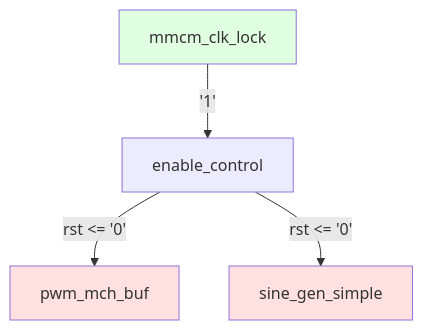
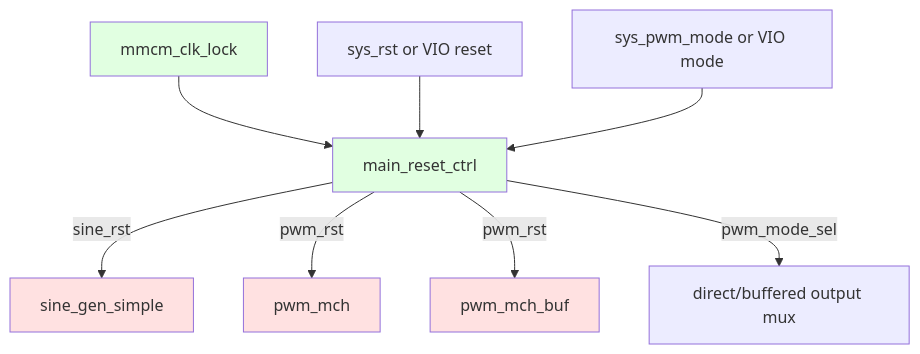
The fourth of 6 diagrams in docs/src/main.md (ekazakov1507/pwm_demo), drawn with Mermaid before and after one commit. The commit also changed other lines of this file and 10 other files, not shown here.

````diff
--- a/docs/src/main.md
+++ b/docs/src/main.md
@@ -198,12 +230,17 @@
 ```mermaid
 graph TD
-    LOCK[mmcm_clk_lock] -->|'1'| PROCESS[enable_control]
-    PROCESS -->|rst <= '0'| RST1[pwm_mch_buf]
-    PROCESS -->|rst <= '0'| RST2[sine_gen_simple]
+    LOCK[mmcm_clk_lock] --> CTRL[main_reset_ctrl]
+    SYS_RST[sys_rst or VIO reset] --> CTRL
+    SYS_MODE[sys_pwm_mode or VIO mode] --> CTRL
+
+    CTRL -->|sine_rst| SINE[sine_gen_simple]
+    CTRL -->|pwm_rst| DIRECT[pwm_mch]
+    CTRL -->|pwm_rst| BUFFERED[pwm_mch_buf]
+    CTRL -->|pwm_mode_sel| MUX[direct/buffered output mux]
 
     classDef active fill:#e1ffe1
     classDef inactive fill:#ffe1e1
 
-    class LOCK active
-    class RST1,RST2 inactive
+    class LOCK,CTRL active
+    class SINE,DIRECT,BUFFERED inactive
 ```
````
